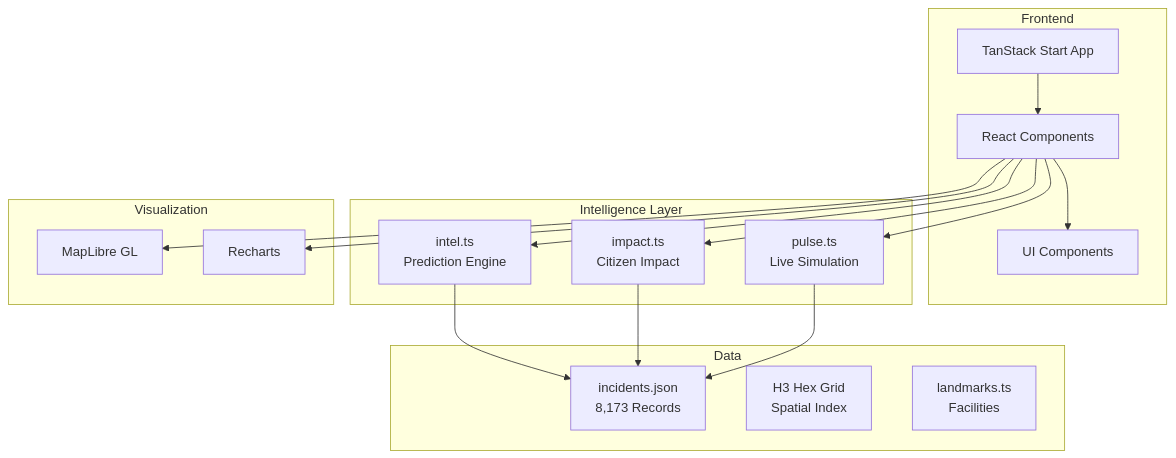
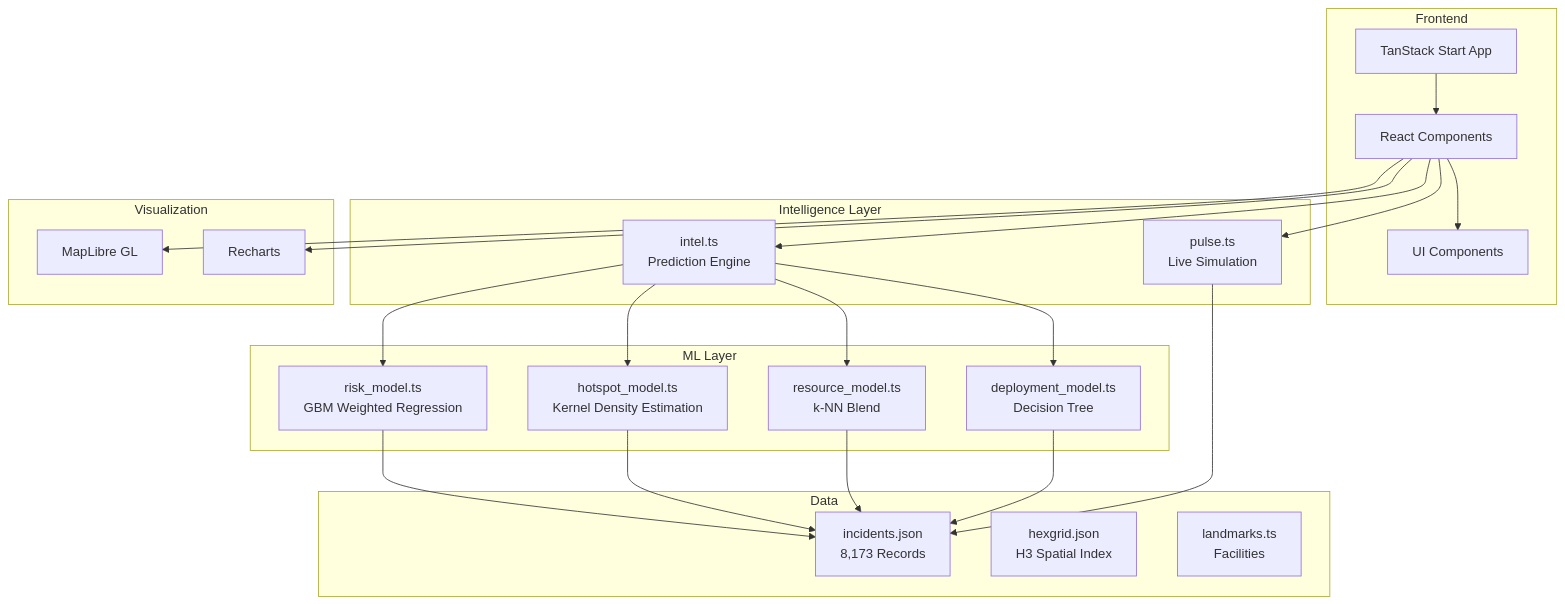
One commit to Pragati1466/Nethra changed the diagram in README.md. Above: the diagram before and after it, drawn with Mermaid. The commit also changed other lines of this file, not shown here.

````diff
--- a/README.md
+++ b/README.md
@@ -106,36 +89,47 @@
 ```mermaid
 graph TB
     subgraph "Frontend"
         A[TanStack Start App]
         B[React Components]
         C[UI Components]
     end
     
+    subgraph "ML Layer"
+        D[risk_model.ts<br/>GBM Weighted Regression]
+        E[hotspot_model.ts<br/>Kernel Density Estimation]
+        F[resource_model.ts<br/>k-NN Blend]
+        G[deployment_model.ts<br/>Decision Tree]
+    end
+    
     subgraph "Intelligence Layer"
-        D[intel.ts<br/>Prediction Engine]
-        E[impact.ts<br/>Citizen Impact]
-        F[pulse.ts<br/>Live Simulation]
+        H[intel.ts<br/>Prediction Engine]
+        I[pulse.ts<br/>Live Simulation]
     end
     
     subgraph "Data"
-        G[incidents.json<br/>8,173 Records]
-        H[H3 Hex Grid<br/>Spatial Index]
-        I[landmarks.ts<br/>Facilities]
+        J[incidents.json<br/>8,173 Records]
+        K[hexgrid.json<br/>H3 Spatial Index]
+        L[landmarks.ts<br/>Facilities]
     end
     
     subgraph "Visualization"
-        J[MapLibre GL]
-        K[Recharts]
+        M[MapLibre GL]
+        N[Recharts]
     end
     
     A --> B
     B --> C
-    B --> D
-    B --> E
-    B --> F
-    D --> G
-    E --> G
-    F --> G
-    B --> J
-    B --> K
+    B --> H
+    B --> I
+    H --> D
+    H --> E
+    H --> F
+    H --> G
+    D --> J
+    E --> J
+    F --> J
+    G --> J
+    I --> J
+    B --> M
+    B --> N
 ```
````
